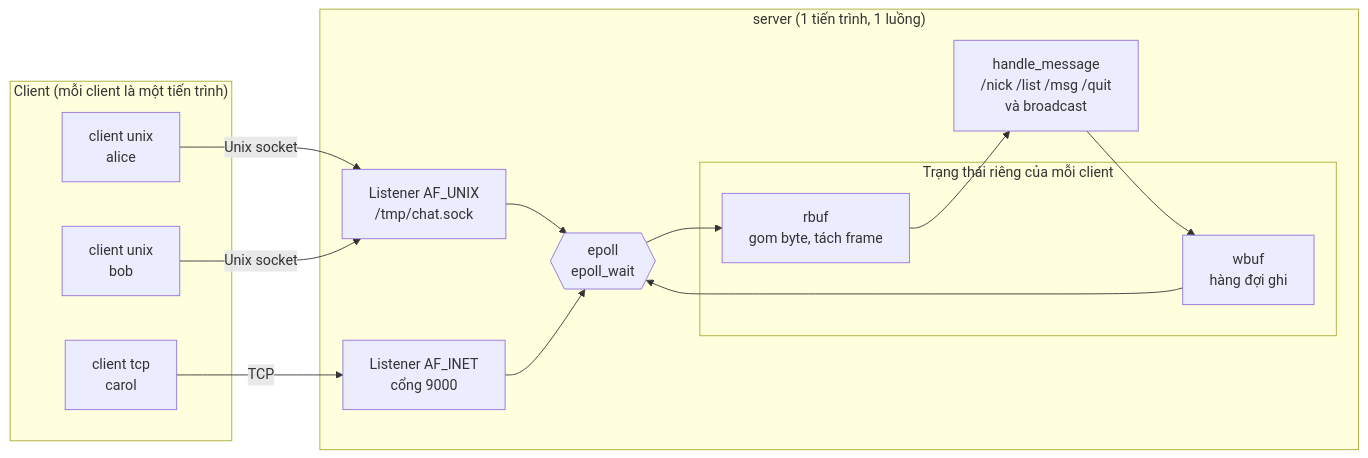
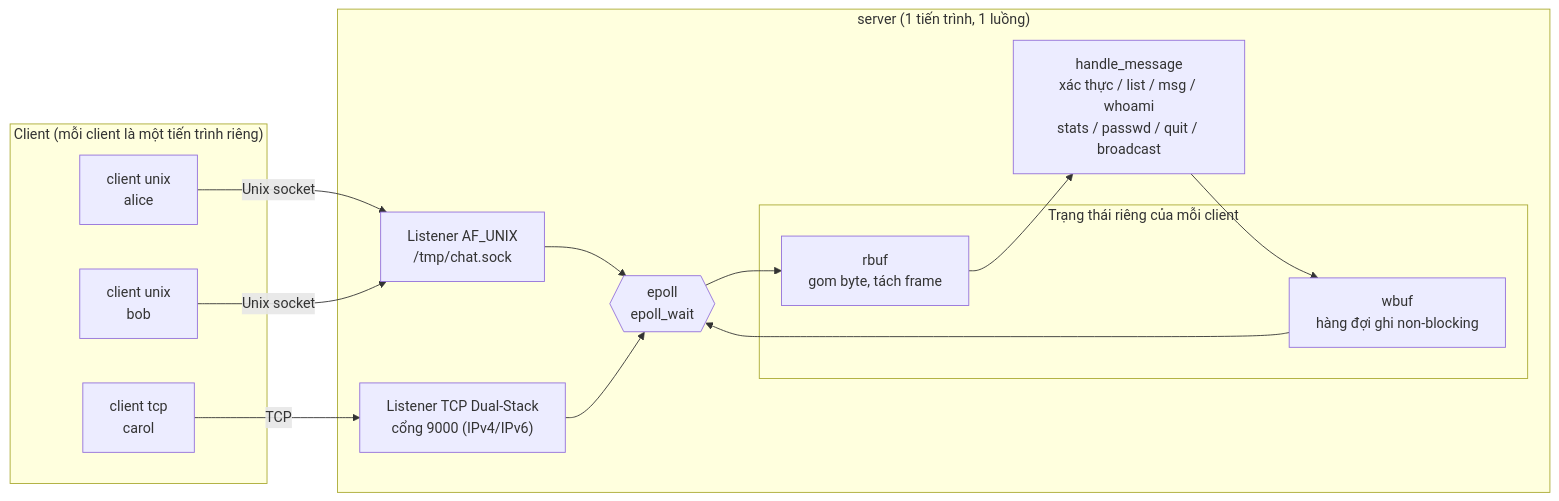
One commit to minhmtp1123-jpg/LTHT_Project changed the first of 4 diagrams in README.md. Above: the diagram before and after it, drawn with Mermaid. The commit also changed other lines of this file, not shown here.

````diff
--- a/README.md
+++ b/README.md
@@ -48,29 +50,29 @@
 ```mermaid
 flowchart LR
-    subgraph CL["Client (mỗi client là một tiến trình)"]
+    subgraph CL["Client (mỗi client là một tiến trình riêng)"]
         C1["client unix<br/>alice"]
         C2["client unix<br/>bob"]
         C3["client tcp<br/>carol"]
     end
 
     subgraph SV["server (1 tiến trình, 1 luồng)"]
         LU["Listener AF_UNIX<br/>/tmp/chat.sock"]
-        LT["Listener AF_INET<br/>cổng 9000"]
+        LT["Listener TCP Dual-Stack<br/>cổng 9000 (IPv4/IPv6)"]
         EP{{"epoll<br/>epoll_wait"}}
         subgraph ST["Trạng thái riêng của mỗi client"]
             RB["rbuf<br/>gom byte, tách frame"]
-            WB["wbuf<br/>hàng đợi ghi"]
+            WB["wbuf<br/>hàng đợi ghi non-blocking"]
         end
-        HM["handle_message<br/>/nick /list /msg /quit<br/>và broadcast"]
+        HM["handle_message<br/>xác thực / list / msg / whoami<br/>stats / passwd / quit / broadcast"]
     end
 
     C1 -- "Unix socket" --> LU
     C2 -- "Unix socket" --> LU
     C3 -- "TCP" --> LT
     LU --> EP
     LT --> EP
     EP --> RB
     RB --> HM
     HM --> WB
     WB --> EP
 ```
````
